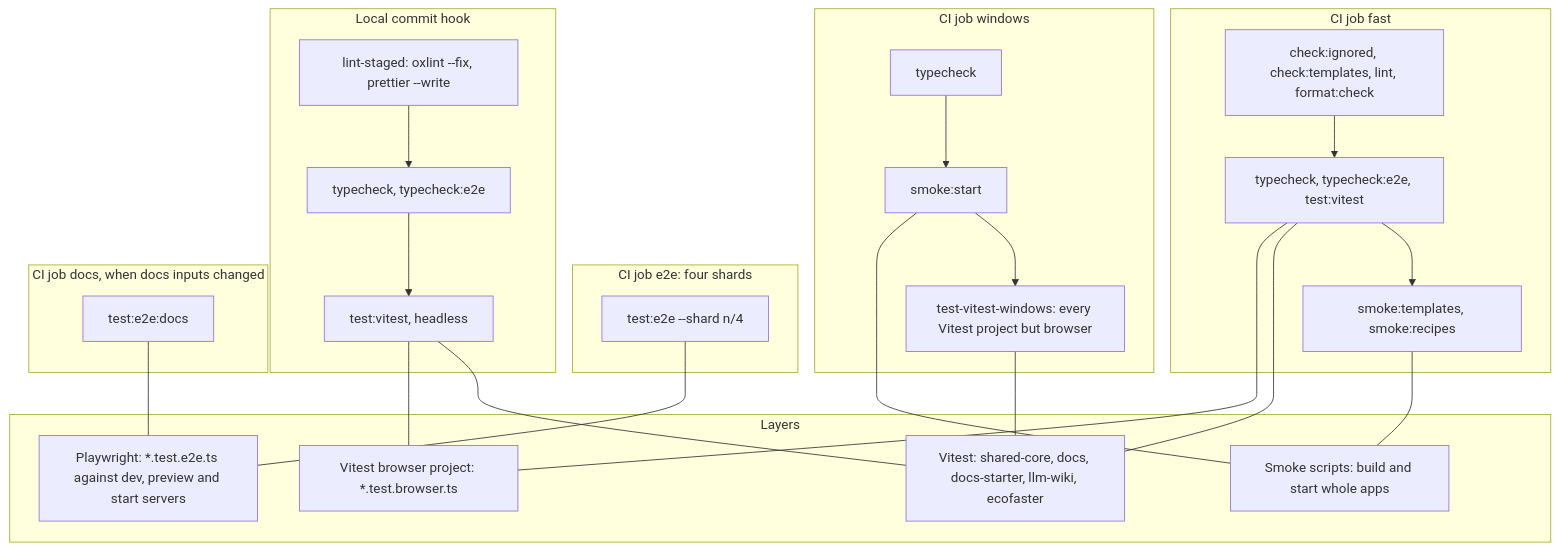
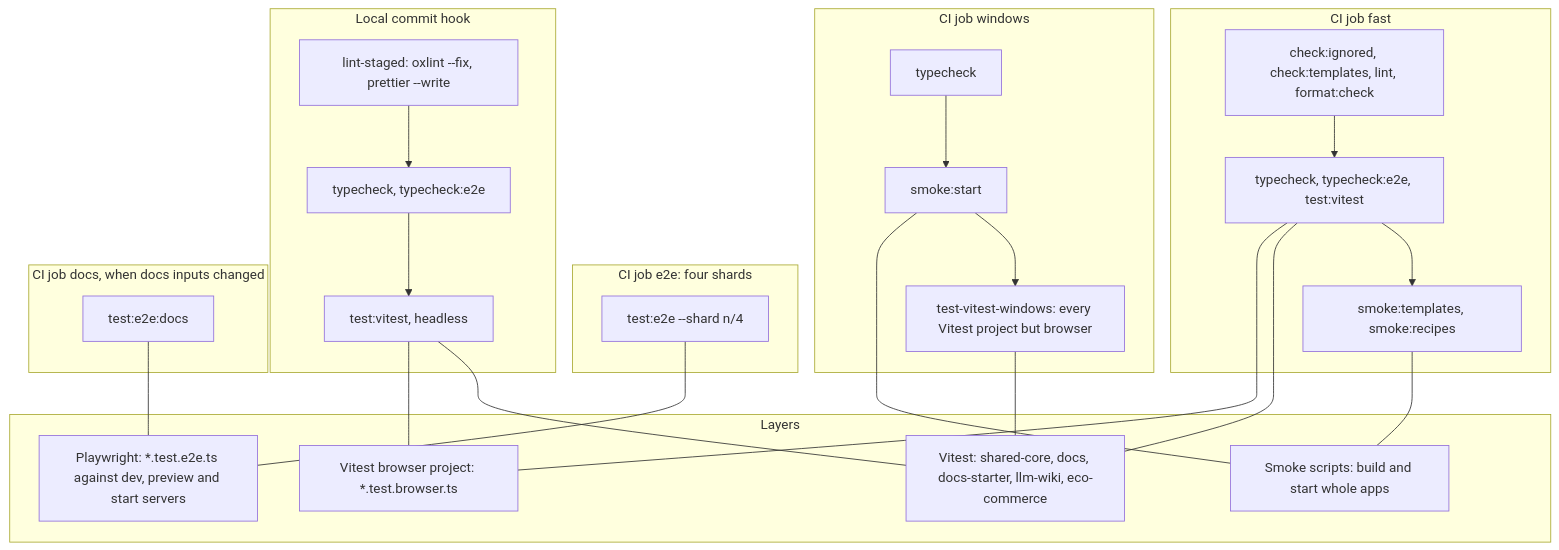
Before and after one commit to ecopages/ecopages: the diagram in apps/docs/src/content/dev/testing.mdx, drawn with Mermaid. The commit also changed other lines of this file and 271 other files, not shown here.

First line of the commit message:
feat(templates): grow ecofaster into the eco-commerce storefront

````diff
--- a/apps/docs/src/content/dev/testing.mdx
+++ b/apps/docs/src/content/dev/testing.mdx
@@ -35,42 +35,42 @@
 ```mermaid
 flowchart TD
   subgraph Layers
-    V["Vitest: shared-core, docs, docs-starter, llm-wiki, ecofaster"]
+    V["Vitest: shared-core, docs, docs-starter, llm-wiki, eco-commerce"]
     B["Vitest browser project: *.test.browser.ts"]
     P["Playwright: *.test.e2e.ts against dev, preview and start servers"]
     S["Smoke scripts: build and start whole apps"]
   end
   subgraph Local["Local commit hook"]
     H1["lint-staged: oxlint --fix, prettier --write"]
     H2["typecheck, typecheck:e2e"]
     H3["test:vitest, headless"]
     H1 --> H2 --> H3
   end
   subgraph Fast["CI job fast"]
     F1["check:ignored, check:templates, lint, format:check"]
     F2["typecheck, typecheck:e2e, test:vitest"]
     F3["smoke:templates, smoke:recipes"]
     F1 --> F2 --> F3
   end
   subgraph E2E["CI job e2e: four shards"]
     E1["test:e2e --shard n/4"]
   end
   subgraph Win["CI job windows"]
     W1["typecheck"]
     W2["smoke:start"]
     W3["test-vitest-windows: every Vitest project but browser"]
     W1 --> W2 --> W3
   end
   subgraph DocsJob["CI job docs, when docs inputs changed"]
     D1["test:e2e:docs"]
   end
   H3 --- V
   H3 --- B
   F2 --- V
   F2 --- B
   F3 --- S
   E1 --- P
   W2 --- S
   W3 --- V
   D1 --- P
 ```
````
